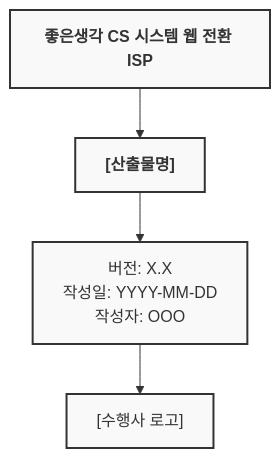
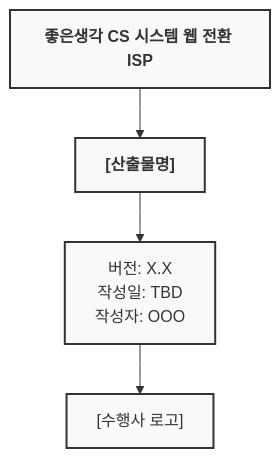
One commit to sknkwoxs/manual-book changed the diagram in src/content/docs/goodthinking-isp/appendix/deliverables.md. Above: the diagram before and after it, drawn with Mermaid. The commit also changed other lines of this file and 38 other files, not shown here.

````diff
--- a/src/content/docs/goodthinking-isp/appendix/deliverables.md
+++ b/src/content/docs/goodthinking-isp/appendix/deliverables.md
@@ -62,16 +62,16 @@
 ```mermaid
 graph TD
     A["<b>좋은생각 CS 시스템 웹 전환 ISP</b>"]
     B["<b>[산출물명]</b>"]
-    C["버전: X.X<br/>작성일: YYYY-MM-DD<br/>작성자: OOO"]
+    C["버전: X.X<br/>작성일: TBD<br/>작성자: OOO"]
     D["[수행사 로고]"]
     
     A --> B
     B --> C
     C --> D
     
     style A fill:#f9f9f9,stroke:#333,stroke-width:2px
     style B fill:#f9f9f9,stroke:#333,stroke-width:2px
     style C fill:#f9f9f9,stroke:#333,stroke-width:2px
     style D fill:#f9f9f9,stroke:#333,stroke-width:2px
 ```
````
